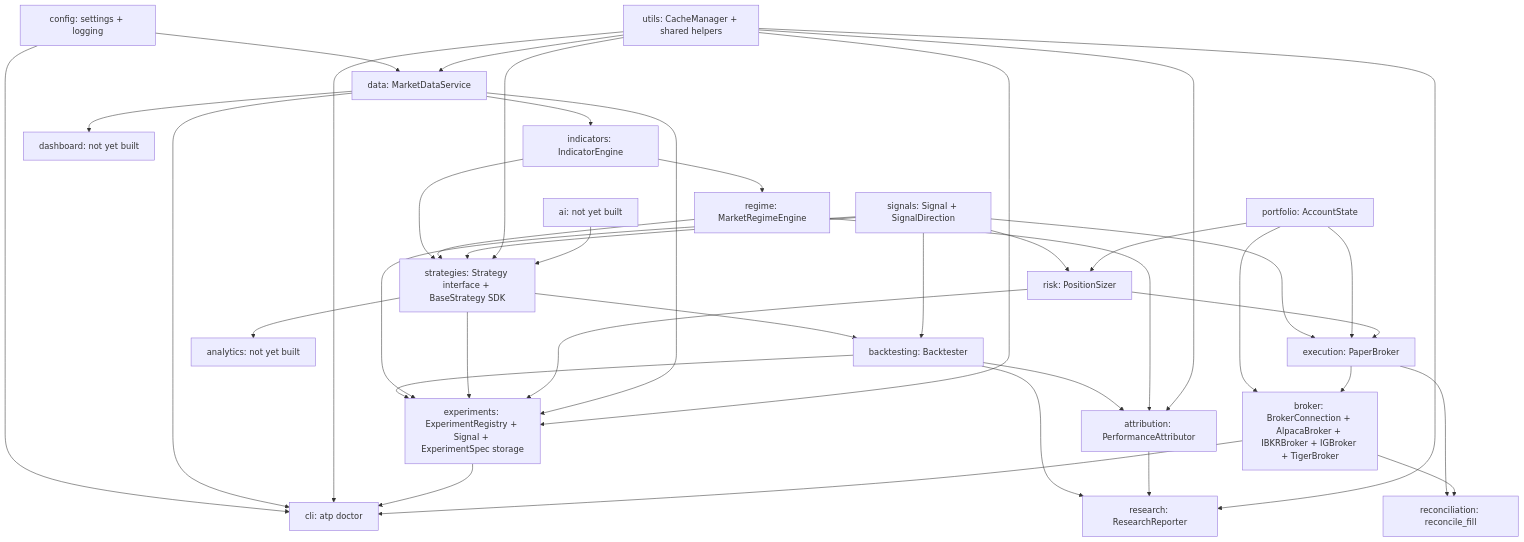
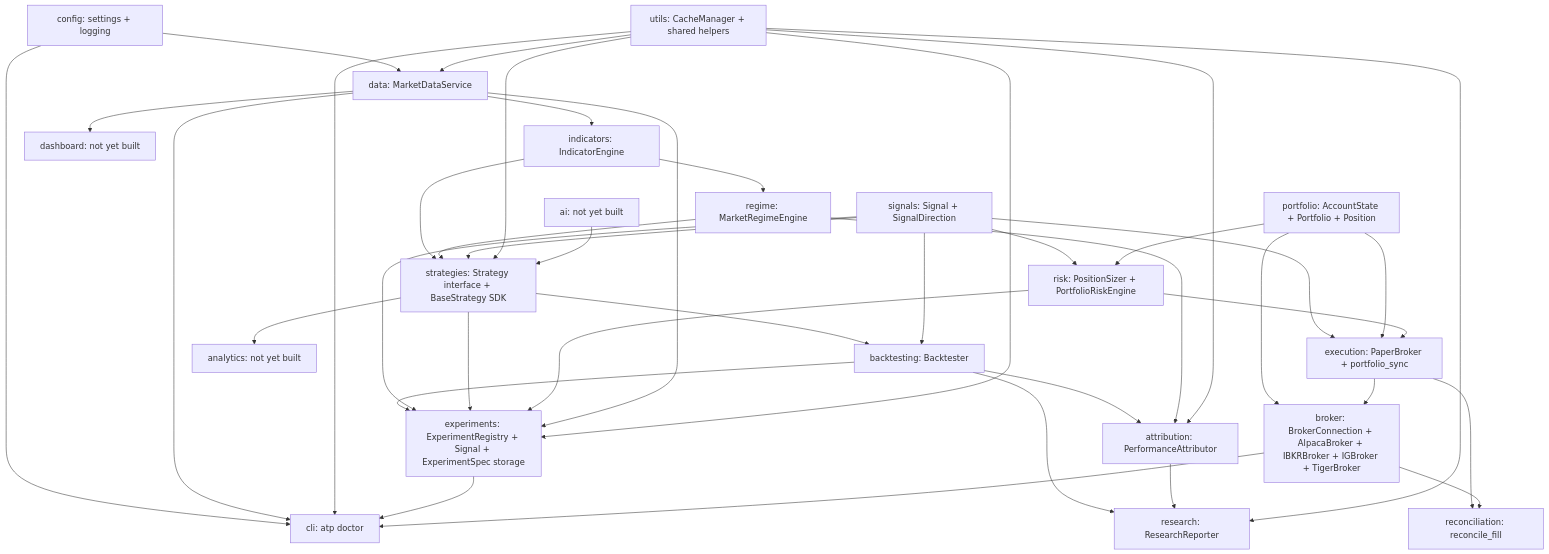
Before and after one commit to grow-op-nasa/ai-trading-platform: the diagram in ARCHITECTURE.md, drawn with Mermaid. The commit also changed other lines of this file and 16 other files, not shown here.

First line of the commit message:
Sprint 7: portfolio-aware risk & position management, plus ADR-0040 cleanup

````diff
--- a/ARCHITECTURE.md
+++ b/ARCHITECTURE.md
@@ -14,63 +14,63 @@
 ```mermaid
 graph TD
     config[config: settings + logging]
     utils[utils: CacheManager + shared helpers]
     data[data: MarketDataService]
     indicators[indicators: IndicatorEngine]
     regime[regime: MarketRegimeEngine]
     signals[signals: Signal + SignalDirection]
     strategies[strategies: Strategy interface + BaseStrategy SDK]
     backtesting[backtesting: Backtester]
     attribution[attribution: PerformanceAttributor]
     experiments[experiments: ExperimentRegistry + Signal + ExperimentSpec storage]
     research[research: ResearchReporter]
-    portfolio[portfolio: AccountState]
-    risk[risk: PositionSizer]
-    execution[execution: PaperBroker]
+    portfolio[portfolio: AccountState + Portfolio + Position]
+    risk[risk: PositionSizer + PortfolioRiskEngine]
+    execution[execution: PaperBroker + portfolio_sync]
     broker[broker: BrokerConnection + AlpacaBroker + IBKRBroker + IGBroker + TigerBroker]
     reconciliation[reconciliation: reconcile_fill]
     analytics[analytics: not yet built]
     ai[ai: not yet built]
     dashboard[dashboard: not yet built]
     cli[cli: atp doctor]
 
     config --> data
     utils --> data
     data --> indicators
     indicators --> regime
     indicators --> strategies
     regime --> strategies
     signals --> strategies
     strategies --> backtesting
     signals --> backtesting
     backtesting --> experiments
     signals --> experiments
     strategies --> experiments
     risk --> experiments
     data --> experiments
     utils --> strategies
     utils --> experiments
     backtesting --> attribution
     regime --> attribution
     utils --> attribution
     backtesting --> research
     attribution --> research
     utils --> research
     signals --> risk
     signals --> execution
     portfolio --> risk
     portfolio --> execution
     portfolio --> broker
     risk --> execution
     execution --> broker
     execution --> reconciliation
     broker --> reconciliation
     strategies --> analytics
     data --> dashboard
     ai --> strategies
     config --> cli
     data --> cli
     utils --> cli
     experiments --> cli
     broker --> cli
 ```
````
